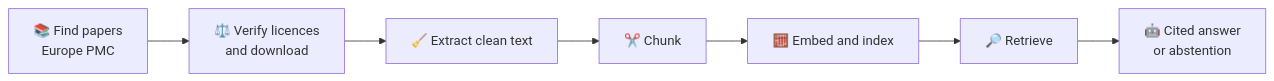
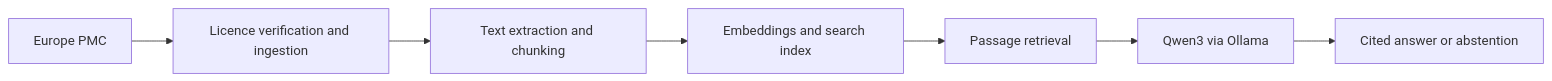
The diagram in README.md (mrbounatsos/evidence-rag-assistant), drawn with Mermaid before and after one commit. The commit also changed other lines of this file, not shown here.

````diff
--- a/README.md
+++ b/README.md
@@ -43,9 +21,9 @@
 ```mermaid
 flowchart LR
-    A[📚 Find papers<br/>Europe PMC] --> B[⚖️ Verify licences<br/>and download]
-    B --> C[🧹 Extract clean text]
-    C --> D[✂️ Chunk]
-    D --> E[🧮 Embed and index]
-    E --> F[🔎 Retrieve]
-    F --> G[🤖 Cited answer<br/>or abstention]
+    A[Europe PMC] --> B[Licence verification and ingestion]
+    B --> C[Text extraction and chunking]
+    C --> D[Embeddings and search index]
+    D --> E[Passage retrieval]
+    E --> F[Qwen3 via Ollama]
+    F --> G[Cited answer or abstention]
 ```
````
